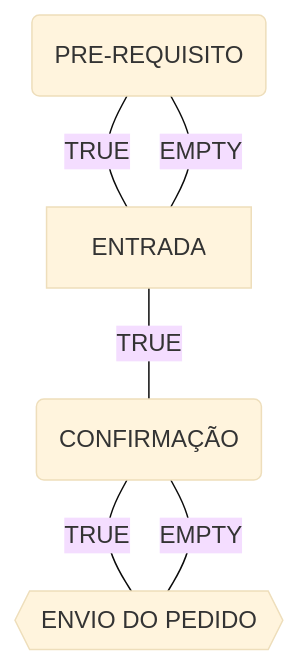
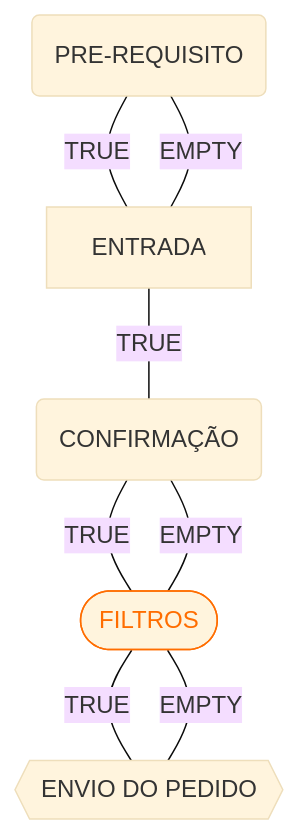
Before and after one commit to xPretti/ScriptBot-Docs: the first of 4 diagrams in src/content/docs/conditions/triggers.mdx, drawn with Mermaid (base theme). The commit also changed other lines of this file and 7 other files, not shown here.

`````diff
--- a/src/content/docs/conditions/triggers.mdx
+++ b/src/content/docs/conditions/triggers.mdx
@@ -41,11 +41,17 @@
 ```mermaid
 flowchart TD
     A["PRE-REQUISITO"] -- TRUE --- n1["ENTRADA"]
     n1 -- TRUE --- n2["CONFIRMAÇÃO"]
-    n2 -- TRUE --- n3["ENVIO DO PEDIDO"]
+    n2 -- TRUE --- n3["FILTROS"]
     A -- EMPTY --- n1
     n2 -- EMPTY --- n3
+    n3 -- TRUE --- n4["ENVIO DO PEDIDO"]
+    n3 -- EMPTY --- n4
+
     A@{ shape: rounded}
     n2@{ shape: rounded}
-    n3@{ shape: hex}
-```
+    n3@{ shape: terminal}
+    n4@{ shape: hex}
+    style n3 stroke:#FF6D00,color:#FF6D00
+
+````
`````
